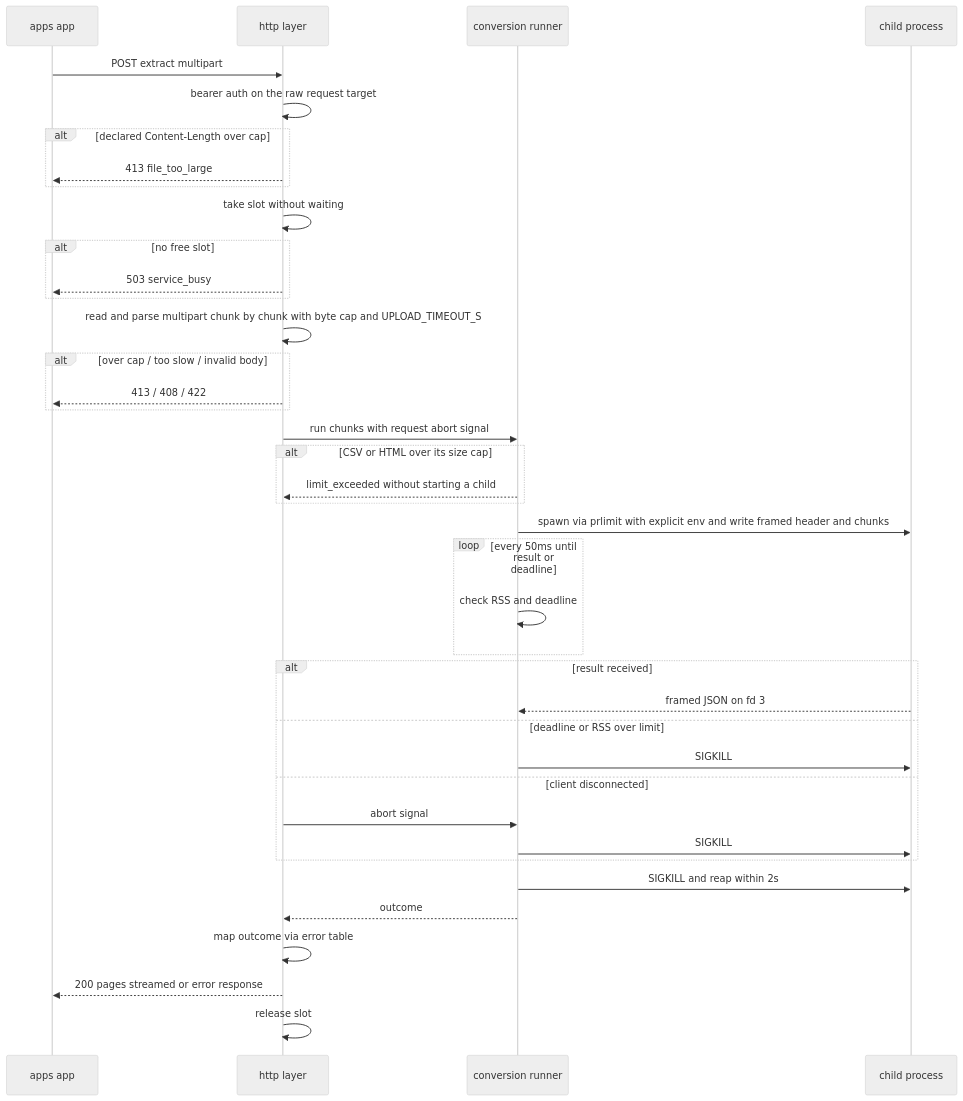
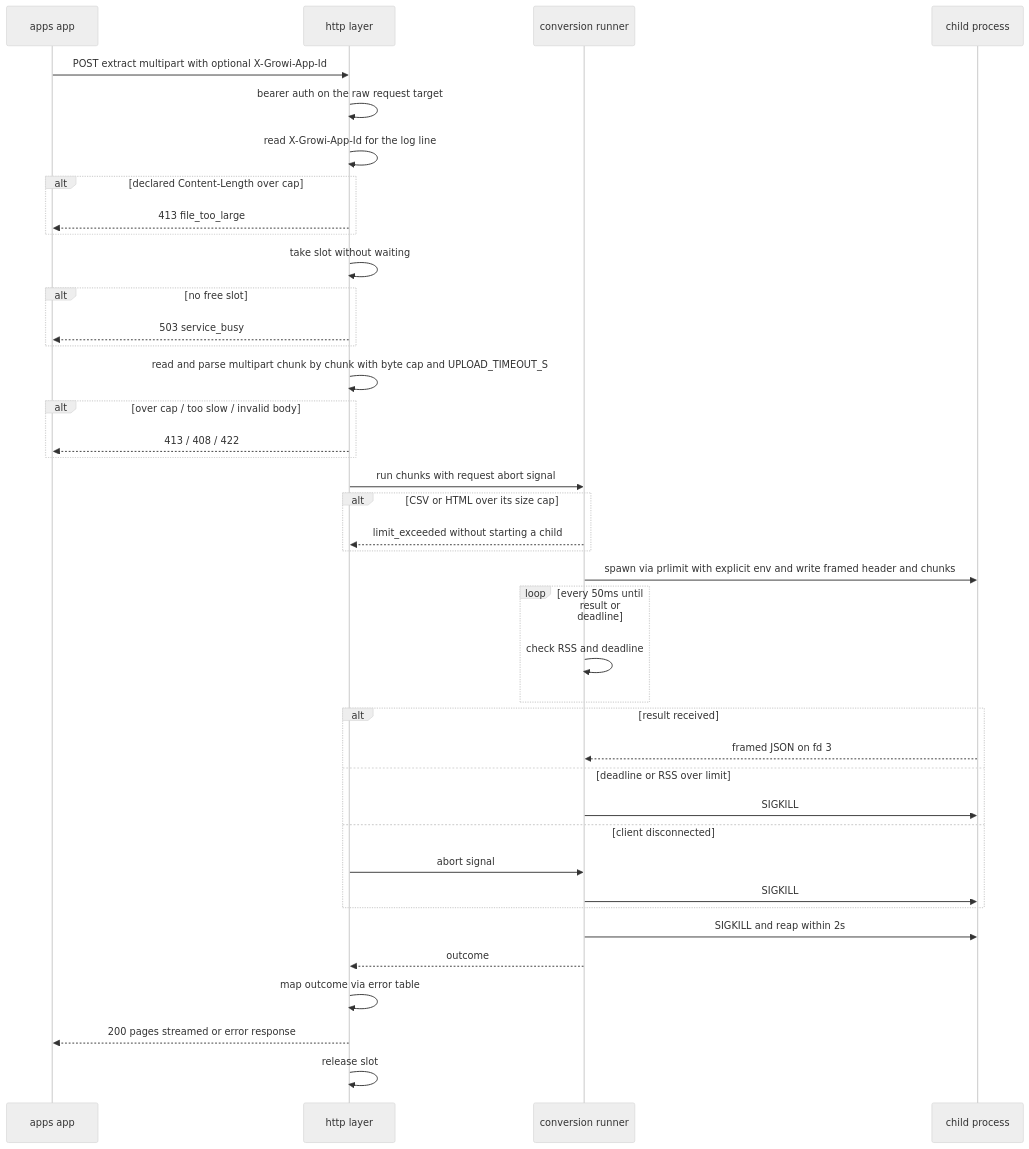
Before and after one commit to growilabs/growi: the second of 3 diagrams in .kiro/specs/attachment-search-text-extractor/design.md, drawn with Mermaid (neutral theme). The commit also changed other lines of this file and 8 other files, not shown here.

````diff
--- a/.kiro/specs/attachment-search-text-extractor/design.md
+++ b/.kiro/specs/attachment-search-text-extractor/design.md
@@ -196,41 +210,42 @@
 ```mermaid
 sequenceDiagram
     participant App as apps app
     participant Http as http layer
     participant Runner as conversion runner
     participant Child as child process
-    App->>Http: POST extract multipart
+    App->>Http: POST extract multipart with optional X-Growi-App-Id
     Http->>Http: bearer auth on the raw request target
+    Http->>Http: read X-Growi-App-Id for the log line
     alt declared Content-Length over cap
         Http-->>App: 413 file_too_large
     end
     Http->>Http: take slot without waiting
     alt no free slot
         Http-->>App: 503 service_busy
     end
     Http->>Http: read and parse multipart chunk by chunk with byte cap and UPLOAD_TIMEOUT_S
     alt over cap / too slow / invalid body
         Http-->>App: 413 / 408 / 422
     end
     Http->>Runner: run chunks with request abort signal
     alt CSV or HTML over its size cap
         Runner-->>Http: limit_exceeded without starting a child
     end
     Runner->>Child: spawn via prlimit with explicit env and write framed header and chunks
     loop every 50ms until result or deadline
         Runner->>Runner: check RSS and deadline
     end
     alt result received
         Child-->>Runner: framed JSON on fd 3
     else deadline or RSS over limit
         Runner->>Child: SIGKILL
     else client disconnected
         Http->>Runner: abort signal
         Runner->>Child: SIGKILL
     end
     Runner->>Child: SIGKILL and reap within 2s
     Runner-->>Http: outcome
     Http->>Http: map outcome via error table
     Http-->>App: 200 pages streamed or error response
     Http->>Http: release slot
 ```
````
